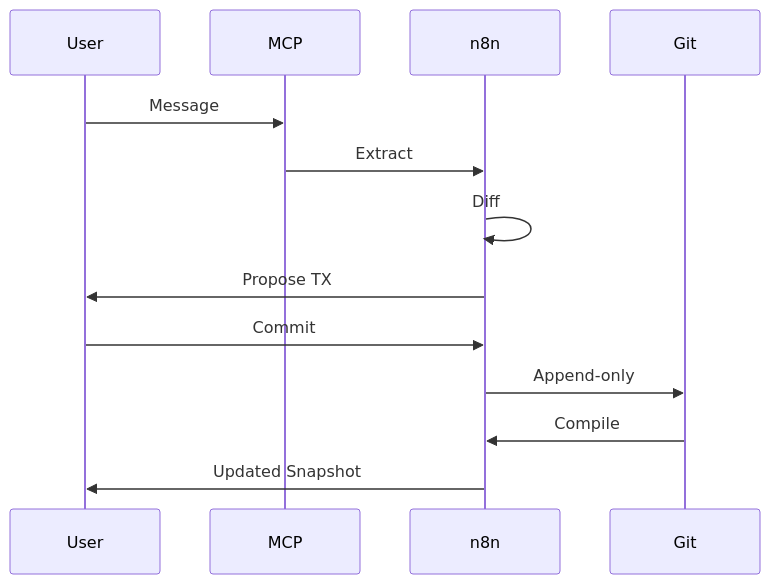
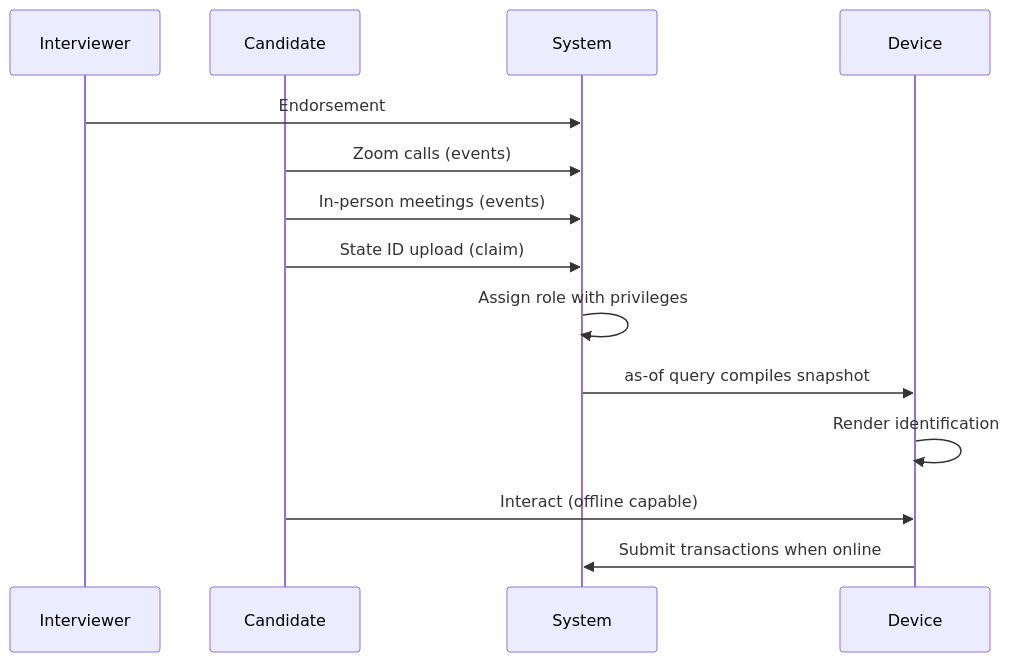
Before and after one commit to Synthetic-Identity-Co/conj-talk-2025: the second of 3 diagrams in presenter.md, drawn with Mermaid. The commit also changed other lines of this file, not shown here.

````diff
--- a/presenter.md
+++ b/presenter.md
@@ -137,15 +157,17 @@
 ```mermaid
 sequenceDiagram
-    participant User
-    participant MCP
-    participant n8n
-    participant Git
-    User->>MCP: Message
-    MCP->>n8n: Extract
-    n8n->>n8n: Diff
-    n8n->>User: Propose TX
-    User->>n8n: Commit
-    n8n->>Git: Append-only
-    Git->>n8n: Compile
-    n8n->>User: Updated Snapshot
+    participant I as Interviewer
+    participant C as Candidate
+    participant S as System
+    participant D as Device
+    
+    I->>S: Endorsement
+    C->>S: Zoom calls (events)
+    C->>S: In-person meetings (events)
+    C->>S: State ID upload (claim)
+    S->>S: Assign role with privileges
+    S->>D: as-of query compiles snapshot
+    D->>D: Render identification
+    C->>D: Interact (offline capable)
+    D->>S: Submit transactions when online
 ```
````
